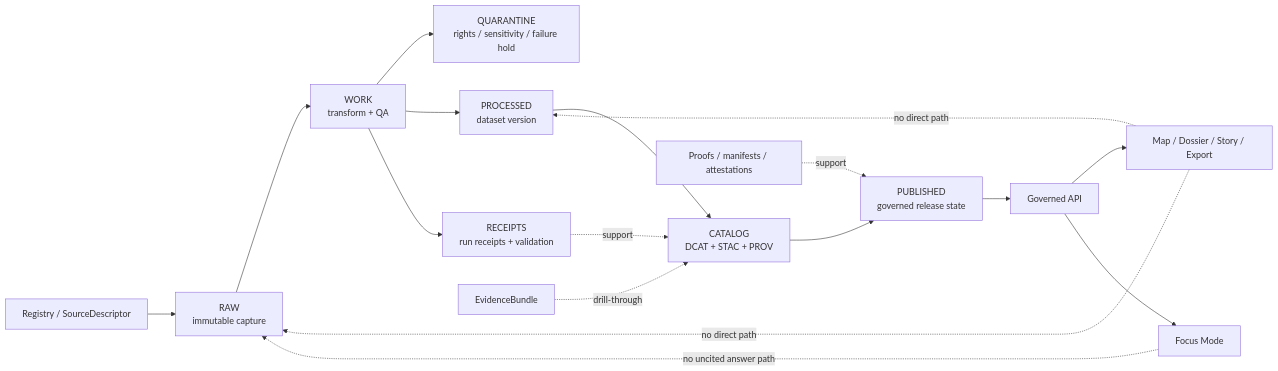
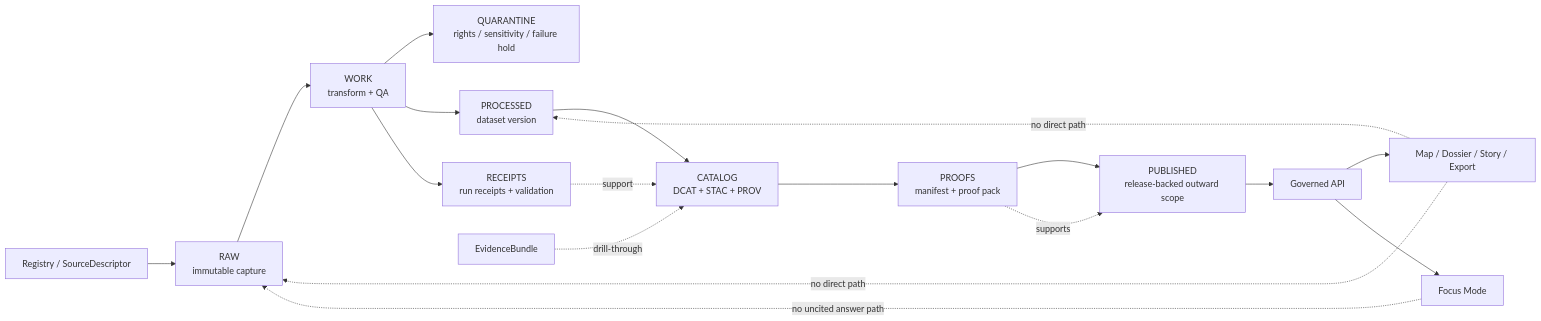
The diagram in data/README.md (bartytime4life/Kansas-Frontier-Matrix), drawn with Mermaid before and after one commit. The commit also changed other lines of this file, not shown here.

````diff
--- a/data/README.md
+++ b/data/README.md
@@ -381,22 +430,23 @@
 ```mermaid
 flowchart LR
     REG[Registry / SourceDescriptor] --> RAW[RAW<br/>immutable capture]
     RAW --> WORK[WORK<br/>transform + QA]
     WORK --> QUAR[QUARANTINE<br/>rights / sensitivity / failure hold]
     WORK --> PROC[PROCESSED<br/>dataset version]
     WORK --> REC[RECEIPTS<br/>run receipts + validation]
     PROC --> CAT[CATALOG<br/>DCAT + STAC + PROV]
-    CAT --> PUB[PUBLISHED<br/>governed release state]
+    CAT --> PROOF[PROOFS<br/>manifest + proof pack]
+    PROOF --> PUB[PUBLISHED<br/>release-backed outward scope]
 
     PUB --> API[Governed API]
     API --> UI[Map / Dossier / Story / Export]
     API --> FOCUS[Focus Mode]
 
     REC -. support .-> CAT
-    PROOF[Proofs / manifests / attestations] -. support .-> PUB
+    PROOF -. supports .-> PUB
     EVD[EvidenceBundle] -. drill-through .-> CAT
 
     UI -. no direct path .-> RAW
     UI -. no direct path .-> PROC
     FOCUS -. no uncited answer path .-> RAW
 ```
````
